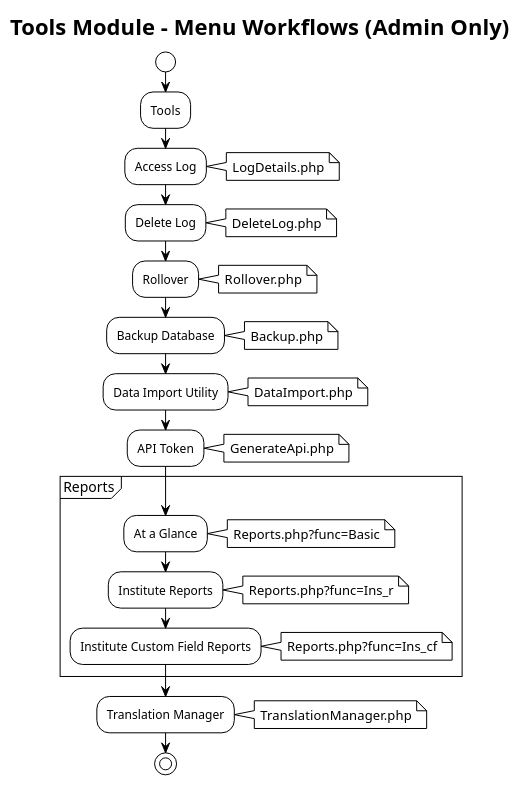
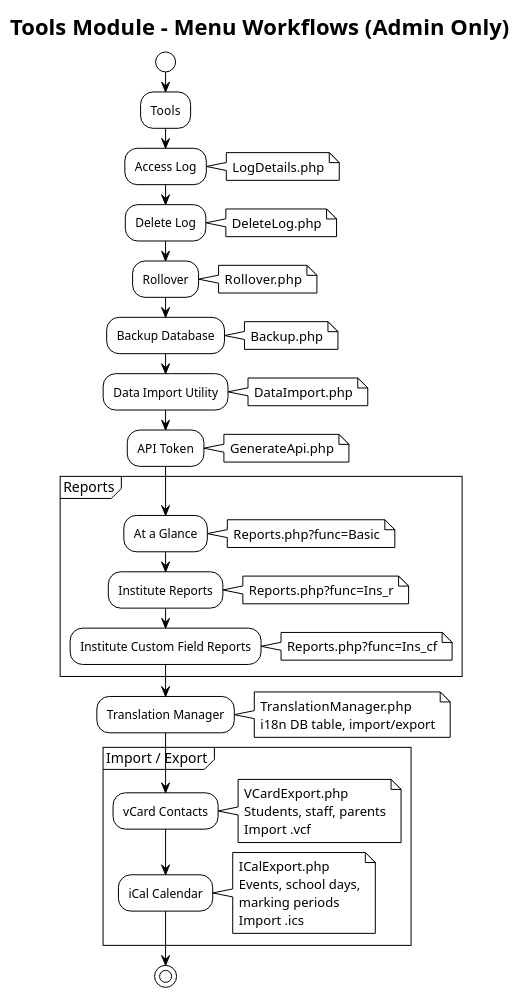
One commit to CLK-AL/openSIS-Classic changed the diagram in docs/diagrams/tools.puml. Above: the diagram before and after it, drawn with PlantUML. The commit also changed 8 other files, not shown here.

First line of the commit message:
Update all PUML diagrams, README, and CHANGELOG with new modules

```diff
--- a/docs/diagrams/tools.puml
+++ b/docs/diagrams/tools.puml
@@ -1,41 +1,48 @@
 @startuml tools
 !theme plain
 title Tools Module - Menu Workflows (Admin Only)
 
 |Admin|
 start
 :Tools;
 
 :Access Log;
 note right: LogDetails.php
 
 :Delete Log;
 note right: DeleteLog.php
 
 :Rollover;
 note right: Rollover.php
 
 :Backup Database;
 note right: Backup.php
 
 :Data Import Utility;
 note right: DataImport.php
 
 :API Token;
 note right: GenerateApi.php
 
 partition "Reports" {
   :At a Glance;
   note right: Reports.php?func=Basic
   :Institute Reports;
   note right: Reports.php?func=Ins_r
   :Institute Custom Field Reports;
   note right: Reports.php?func=Ins_cf
 }
 
 :Translation Manager;
-note right: TranslationManager.php
+note right: TranslationManager.php\ni18n DB table, import/export
+
+partition "Import / Export" {
+  :vCard Contacts;
+  note right: VCardExport.php\nStudents, staff, parents\nImport .vcf
+  :iCal Calendar;
+  note right: ICalExport.php\nEvents, school days,\nmarking periods\nImport .ics
+}
 
 stop
 
 @enduml
```
